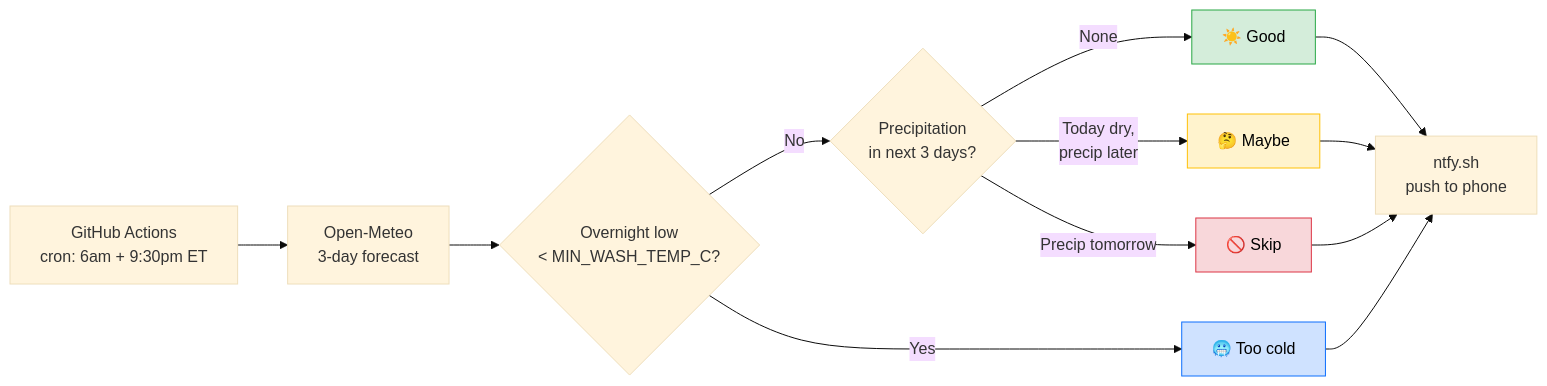
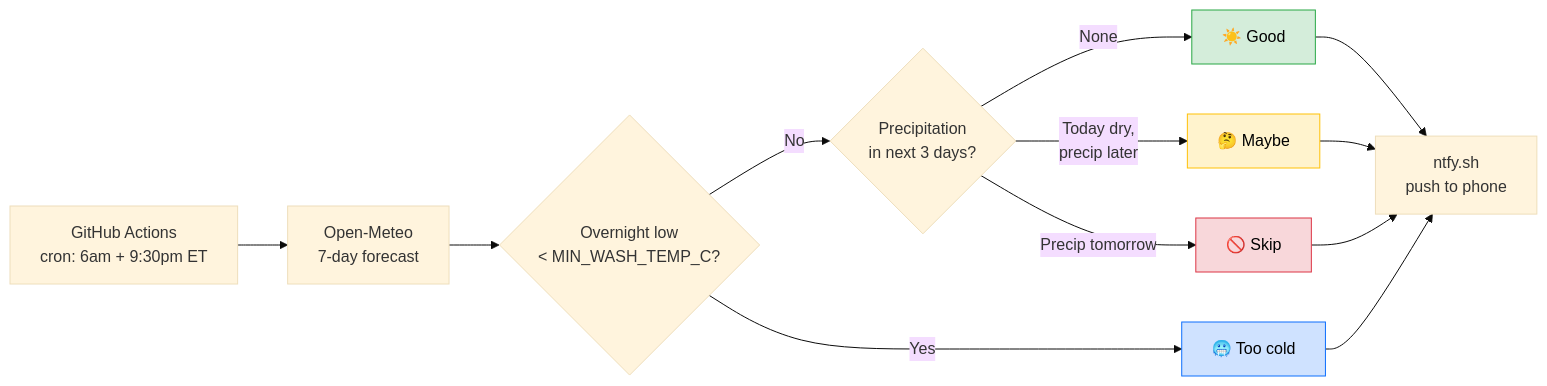
The diagram in README.md (azilnik/Car-wash-time), drawn with Mermaid (base theme) before and after one commit. The commit also changed other lines of this file and 2 other files, not shown here.

````diff
--- a/README.md
+++ b/README.md
@@ -79,19 +81,19 @@
 ```mermaid
 flowchart LR
-    A[GitHub Actions<br/>cron: 6am + 9:30pm ET] --> B[Open-Meteo<br/>3-day forecast]
+    A[GitHub Actions<br/>cron: 6am + 9:30pm ET] --> B[Open-Meteo<br/>7-day forecast]
     B --> H{Overnight low<br/>< MIN_WASH_TEMP_C?}
     H -->|Yes| I[🥶 Too cold]
     H -->|No| C{Precipitation<br/>in next 3 days?}
     C -->|None| D[☀️ Good]
     C -->|Today dry,<br/>precip later| E[🤔 Maybe]
     C -->|Precip tomorrow| F[🚫 Skip]
     D --> G[ntfy.sh<br/>push to phone]
     E --> G
     F --> G
     I --> G
 
     style D fill:#d4edda,stroke:#28a745,color:#000
     style E fill:#fff3cd,stroke:#ffc107,color:#000
     style F fill:#f8d7da,stroke:#dc3545,color:#000
     style I fill:#cfe2ff,stroke:#0d6efd,color:#000
 ```
````
